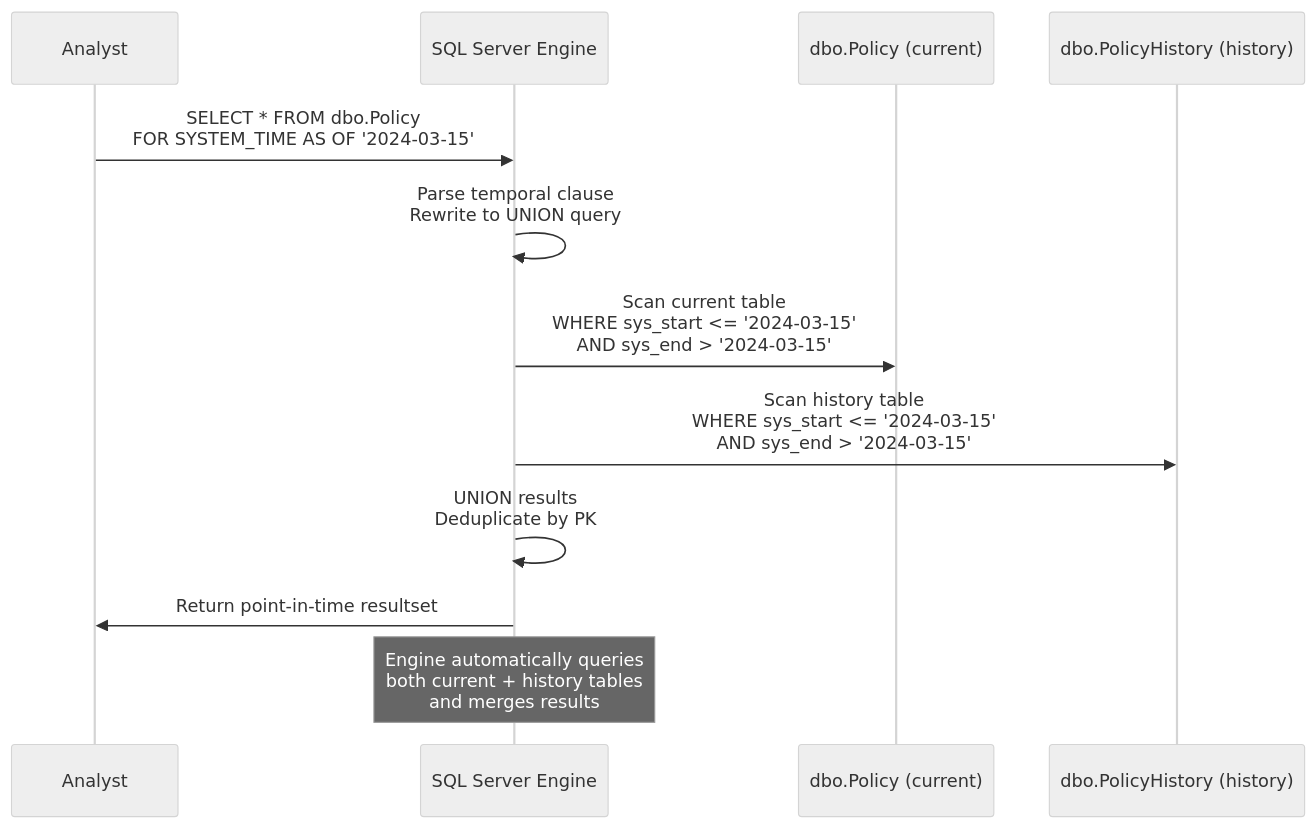
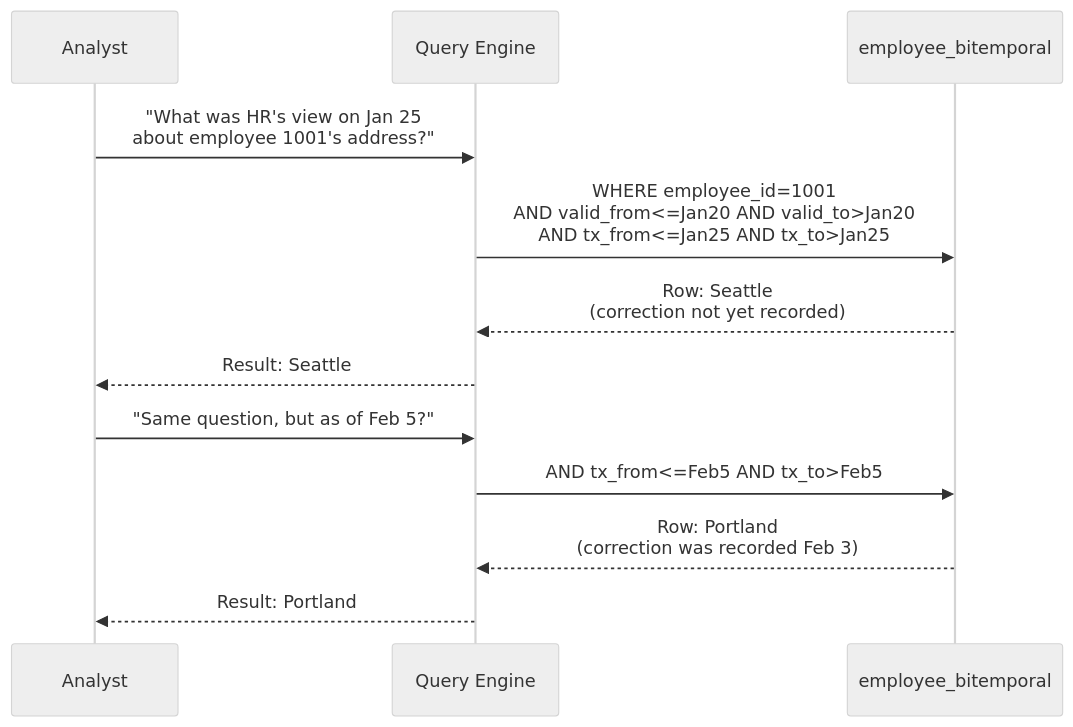
Before and after one commit to sivanagaraju/sparkantrigravity: the diagram in PrincipleDataArchitect/01_Data_Modeling/04_Temporal_and_Bitemporal_Modeling/02_As_Of_Queries/02_How_It_Works.md, drawn with Mermaid (neutral theme). The commit also changed other lines of this file and 79 other files, not shown here.

Commit message:
feat: Add comprehensive learning modules covering data modeling principles, NoSQL, graph databases, normalization, and database system internals.

````diff
--- a/PrincipleDataArchitect/01_Data_Modeling/04_Temporal_and_Bitemporal_Modeling/02_As_Of_Queries/02_How_It_Works.md
+++ b/PrincipleDataArchitect/01_Data_Modeling/04_Temporal_and_Bitemporal_Modeling/02_As_Of_Queries/02_How_It_Works.md
@@ -41,16 +62,16 @@
 ```mermaid
 sequenceDiagram
     participant User as Analyst
-    participant QE as SQL Server Engine
-    participant CURR as dbo.Policy (current)
-    participant HIST as dbo.PolicyHistory (history)
+    participant Q as Query Engine
+    participant BT as employee_bitemporal
     
-    User->>QE: SELECT * FROM dbo.Policy<br/>FOR SYSTEM_TIME AS OF '2024-03-15'
-    QE->>QE: Parse temporal clause<br/>Rewrite to UNION query
-    QE->>CURR: Scan current table<br/>WHERE sys_start <= '2024-03-15'<br/>AND sys_end > '2024-03-15'
-    QE->>HIST: Scan history table<br/>WHERE sys_start <= '2024-03-15'<br/>AND sys_end > '2024-03-15'
-    QE->>QE: UNION results<br/>Deduplicate by PK
-    QE->>User: Return point-in-time resultset
+    User->>Q: "What was HR's view on Jan 25<br/>about employee 1001's address?"
+    Q->>BT: WHERE employee_id=1001<br/>AND valid_from<=Jan20 AND valid_to>Jan20<br/>AND tx_from<=Jan25 AND tx_to>Jan25
+    BT-->>Q: Row: Seattle<br/>(correction not yet recorded)
+    Q-->>User: Result: Seattle
     
-    Note over QE: Engine automatically queries<br/>both current + history tables<br/>and merges results
+    User->>Q: "Same question, but as of Feb 5?"
+    Q->>BT: AND tx_from<=Feb5 AND tx_to>Feb5
+    BT-->>Q: Row: Portland<br/>(correction was recorded Feb 3)
+    Q-->>User: Result: Portland
 ```
````
